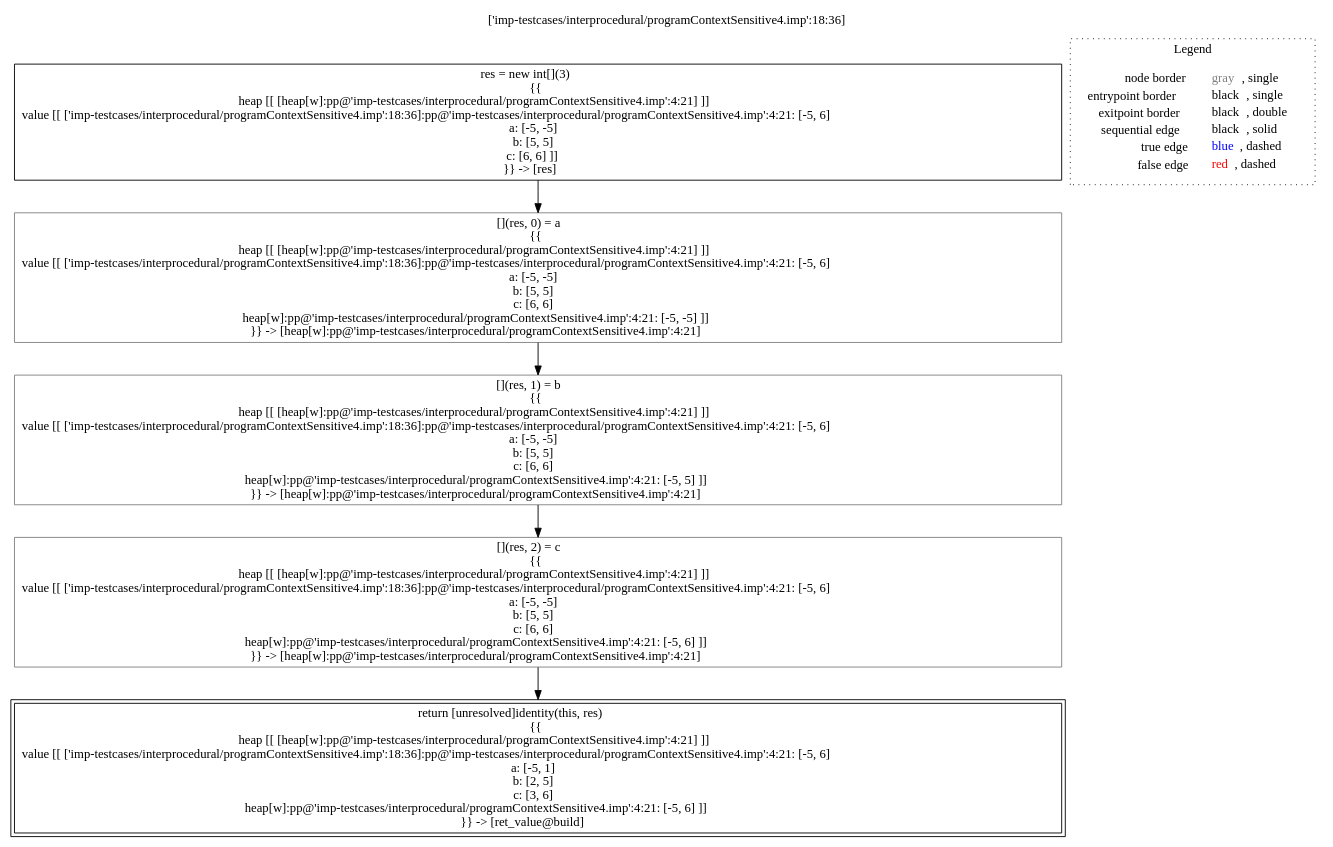
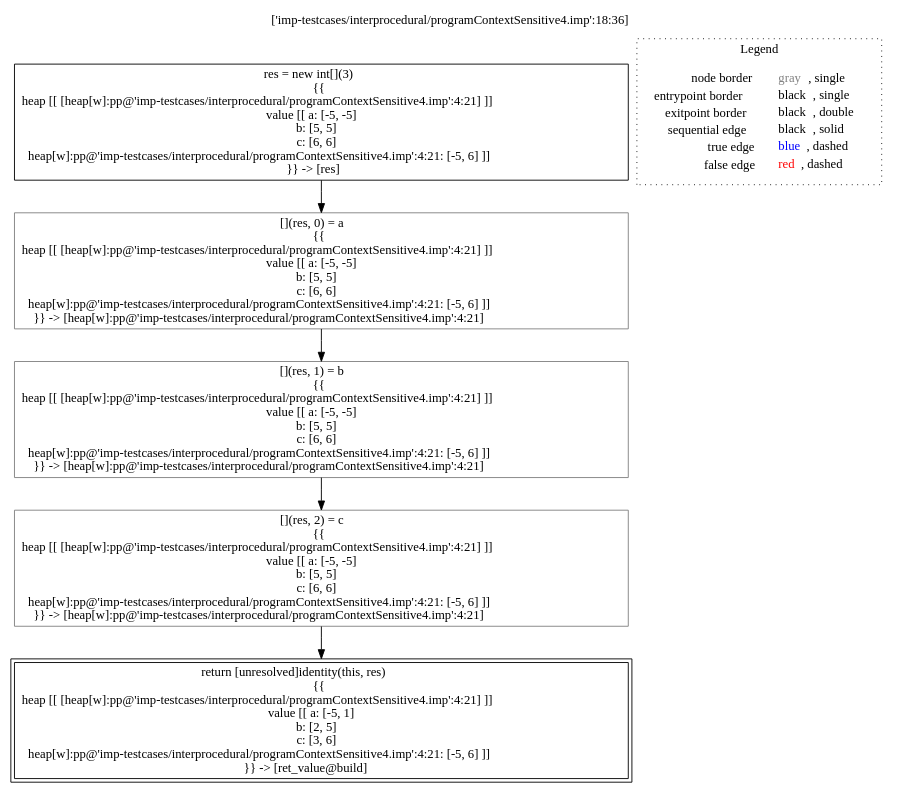
One commit to lisa-analyzer/lisa changed the diagram in lisa/imp-testcases/interprocedural/RTAContextSensitive5/analysis___-2041686398_untyped_A.build(A_this,_untyped_a,_untyped_b,_untyped_c).dot. Above: the diagram before and after it, drawn with Graphviz. The commit also changed 8 other files, not shown here.

Commit message:
#95 corrected and improved context sensitive + rta + point-based heap tests

```diff
--- a/lisa/imp-testcases/interprocedural/RTAContextSensitive5/analysis___-2041686398_untyped_A.build(A_this,_untyped_a,_untyped_b,_untyped_c).dot
+++ b/lisa/imp-testcases/interprocedural/RTAContextSensitive5/analysis___-2041686398_untyped_A.build(A_this,_untyped_a,_untyped_b,_untyped_c).dot
@@ -1,20 +1,20 @@
 digraph {
 	labelloc="t";
 	label="['imp-testcases/interprocedural/programContextSensitive4.imp':18:36]";
-	"node0" [shape="rect",color="black",label=<res = new int[](3)<BR/>{{<BR/>heap [[ [heap[w]:pp@'imp-testcases/interprocedural/programContextSensitive4.imp':4:21] ]]<BR/>value [[ ['imp-testcases/interprocedural/programContextSensitive4.imp':18:36]:pp@'imp-testcases/interprocedural/programContextSensitive4.imp':4:21: [-5, 6]<BR/>a: [-5, -5]<BR/>b: [5, 5]<BR/>c: [6, 6] ]]<BR/>}} -&gt; [res]>];
-	"node1" [shape="rect",color="gray",label=<[](res, 2) = c<BR/>{{<BR/>heap [[ [heap[w]:pp@'imp-testcases/interprocedural/programContextSensitive4.imp':4:21] ]]<BR/>value [[ ['imp-testcases/interprocedural/programContextSensitive4.imp':18:36]:pp@'imp-testcases/interprocedural/programContextSensitive4.imp':4:21: [-5, 6]<BR/>a: [-5, -5]<BR/>b: [5, 5]<BR/>c: [6, 6]<BR/>heap[w]:pp@'imp-testcases/interprocedural/programContextSensitive4.imp':4:21: [-5, 6] ]]<BR/>}} -&gt; [heap[w]:pp@'imp-testcases/interprocedural/programContextSensitive4.imp':4:21]>];
-	"node2" [shape="rect",color="black",peripheries="2",label=<return [unresolved]identity(this, res)<BR/>{{<BR/>heap [[ [heap[w]:pp@'imp-testcases/interprocedural/programContextSensitive4.imp':4:21] ]]<BR/>value [[ ['imp-testcases/interprocedural/programContextSensitive4.imp':18:36]:pp@'imp-testcases/interprocedural/programContextSensitive4.imp':4:21: [-5, 6]<BR/>a: [-5, 1]<BR/>b: [2, 5]<BR/>c: [3, 6]<BR/>heap[w]:pp@'imp-testcases/interprocedural/programContextSensitive4.imp':4:21: [-5, 6] ]]<BR/>}} -&gt; [ret_value@build]>];
-	"node3" [shape="rect",color="gray",label=<[](res, 0) = a<BR/>{{<BR/>heap [[ [heap[w]:pp@'imp-testcases/interprocedural/programContextSensitive4.imp':4:21] ]]<BR/>value [[ ['imp-testcases/interprocedural/programContextSensitive4.imp':18:36]:pp@'imp-testcases/interprocedural/programContextSensitive4.imp':4:21: [-5, 6]<BR/>a: [-5, -5]<BR/>b: [5, 5]<BR/>c: [6, 6]<BR/>heap[w]:pp@'imp-testcases/interprocedural/programContextSensitive4.imp':4:21: [-5, -5] ]]<BR/>}} -&gt; [heap[w]:pp@'imp-testcases/interprocedural/programContextSensitive4.imp':4:21]>];
-	"node4" [shape="rect",color="gray",label=<[](res, 1) = b<BR/>{{<BR/>heap [[ [heap[w]:pp@'imp-testcases/interprocedural/programContextSensitive4.imp':4:21] ]]<BR/>value [[ ['imp-testcases/interprocedural/programContextSensitive4.imp':18:36]:pp@'imp-testcases/interprocedural/programContextSensitive4.imp':4:21: [-5, 6]<BR/>a: [-5, -5]<BR/>b: [5, 5]<BR/>c: [6, 6]<BR/>heap[w]:pp@'imp-testcases/interprocedural/programContextSensitive4.imp':4:21: [-5, 5] ]]<BR/>}} -&gt; [heap[w]:pp@'imp-testcases/interprocedural/programContextSensitive4.imp':4:21]>];
+	"node0" [shape="rect",color="black",label=<res = new int[](3)<BR/>{{<BR/>heap [[ [heap[w]:pp@'imp-testcases/interprocedural/programContextSensitive4.imp':4:21] ]]<BR/>value [[ a: [-5, -5]<BR/>b: [5, 5]<BR/>c: [6, 6]<BR/>heap[w]:pp@'imp-testcases/interprocedural/programContextSensitive4.imp':4:21: [-5, 6] ]]<BR/>}} -&gt; [res]>];
+	"node1" [shape="rect",color="gray",label=<[](res, 2) = c<BR/>{{<BR/>heap [[ [heap[w]:pp@'imp-testcases/interprocedural/programContextSensitive4.imp':4:21] ]]<BR/>value [[ a: [-5, -5]<BR/>b: [5, 5]<BR/>c: [6, 6]<BR/>heap[w]:pp@'imp-testcases/interprocedural/programContextSensitive4.imp':4:21: [-5, 6] ]]<BR/>}} -&gt; [heap[w]:pp@'imp-testcases/interprocedural/programContextSensitive4.imp':4:21]>];
+	"node2" [shape="rect",color="black",peripheries="2",label=<return [unresolved]identity(this, res)<BR/>{{<BR/>heap [[ [heap[w]:pp@'imp-testcases/interprocedural/programContextSensitive4.imp':4:21] ]]<BR/>value [[ a: [-5, 1]<BR/>b: [2, 5]<BR/>c: [3, 6]<BR/>heap[w]:pp@'imp-testcases/interprocedural/programContextSensitive4.imp':4:21: [-5, 6] ]]<BR/>}} -&gt; [ret_value@build]>];
+	"node3" [shape="rect",color="gray",label=<[](res, 0) = a<BR/>{{<BR/>heap [[ [heap[w]:pp@'imp-testcases/interprocedural/programContextSensitive4.imp':4:21] ]]<BR/>value [[ a: [-5, -5]<BR/>b: [5, 5]<BR/>c: [6, 6]<BR/>heap[w]:pp@'imp-testcases/interprocedural/programContextSensitive4.imp':4:21: [-5, 6] ]]<BR/>}} -&gt; [heap[w]:pp@'imp-testcases/interprocedural/programContextSensitive4.imp':4:21]>];
+	"node4" [shape="rect",color="gray",label=<[](res, 1) = b<BR/>{{<BR/>heap [[ [heap[w]:pp@'imp-testcases/interprocedural/programContextSensitive4.imp':4:21] ]]<BR/>value [[ a: [-5, -5]<BR/>b: [5, 5]<BR/>c: [6, 6]<BR/>heap[w]:pp@'imp-testcases/interprocedural/programContextSensitive4.imp':4:21: [-5, 6] ]]<BR/>}} -&gt; [heap[w]:pp@'imp-testcases/interprocedural/programContextSensitive4.imp':4:21]>];
 	"node1" -> "node2" [color="black"];
 	"node3" -> "node4" [color="black"];
 	"node4" -> "node1" [color="black"];
 	"node0" -> "node3" [color="black"];
 subgraph cluster_legend {
 	label="Legend";
 	style=dotted;
 	node [shape=plaintext];
 	"legend" [label=<<table border="0" cellpadding="2" cellspacing="0" cellborder="0"><tr><td align="right">node border&nbsp;</td><td align="left"><font color="gray">gray</font>, single</td></tr><tr><td align="right">entrypoint border&nbsp;</td><td align="left"><font color="black">black</font>, single</td></tr><tr><td align="right">exitpoint border&nbsp;</td><td align="left"><font color="black">black</font>, double</td></tr><tr><td align="right">sequential edge&nbsp;</td><td align="left"><font color="black">black</font>, solid</td></tr><tr><td align="right">true edge&nbsp;</td><td align="left"><font color="blue">blue</font>, dashed</td></tr><tr><td align="right">false edge&nbsp;</td><td align="left"><font color="red">red</font>, dashed</td></tr></table>>];
 }
 
 }
```
